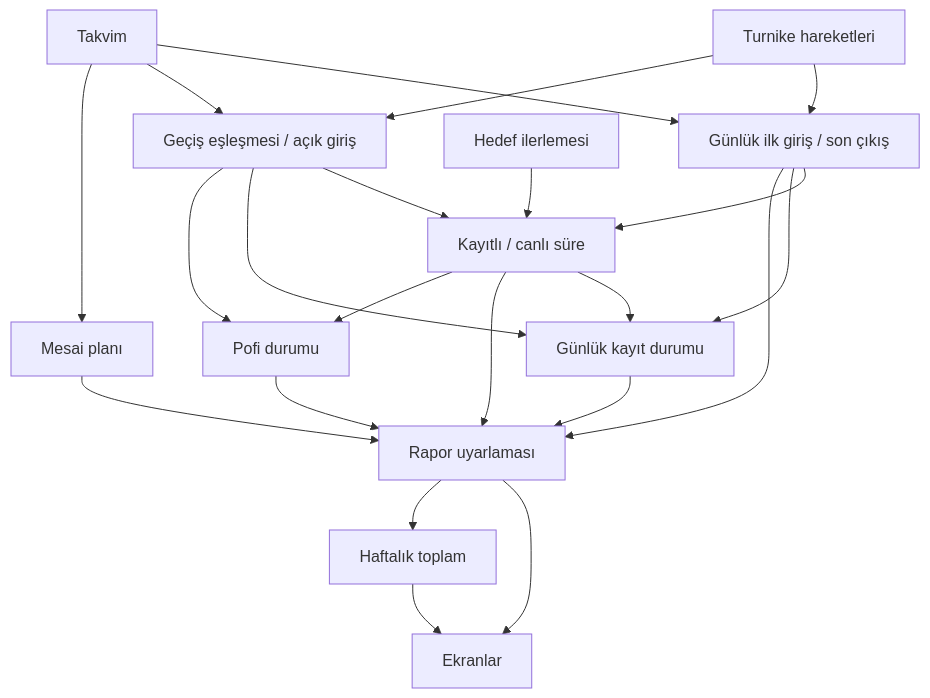
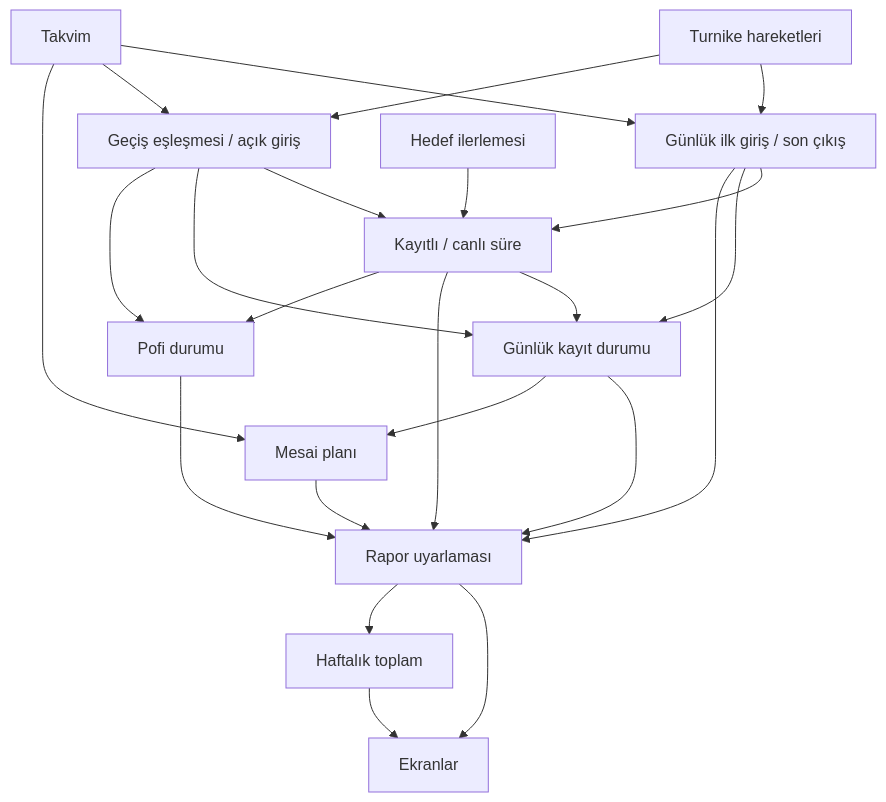
The diagram in docs/rules/README.md (mertcreates/Pofis), drawn with Mermaid before and after one commit. The commit also changed 45 other files, not shown here.

````diff
--- a/docs/rules/README.md
+++ b/docs/rules/README.md
@@ -28,24 +28,25 @@
 ```mermaid
 flowchart TD
   S[Turnike hareketleri] --> R[Günlük ilk giriş / son çıkış]
   S --> P[Geçiş eşleşmesi / açık giriş]
   C[Takvim] --> R
   C --> P
   R --> D[Kayıtlı / canlı süre]
   P --> D
   P --> K[Günlük kayıt durumu]
   R --> K
   D --> K
   K --> A
+  K --> W
   G[Hedef ilerlemesi] --> D
   C --> W[Mesai planı]
   R --> A[Rapor uyarlaması]
   W --> A
   D --> A
   D --> F[Pofi durumu]
   P --> F
   F --> A
   A --> V[Ekranlar]
   A --> T[Haftalık toplam]
   T --> V
 ```
````
